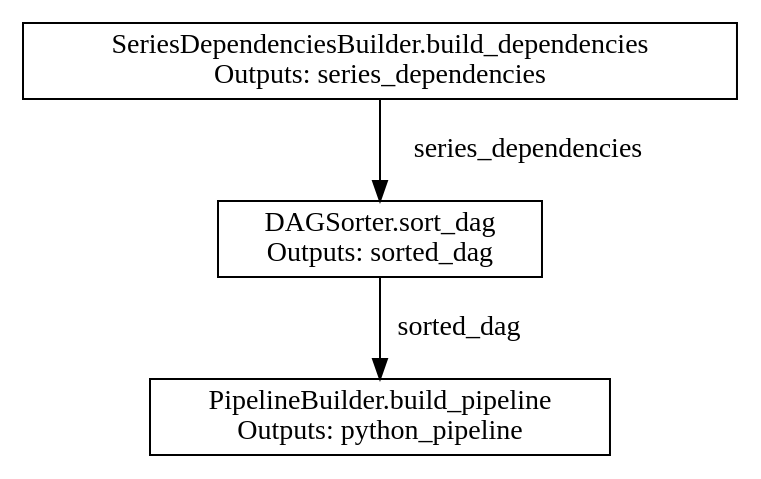
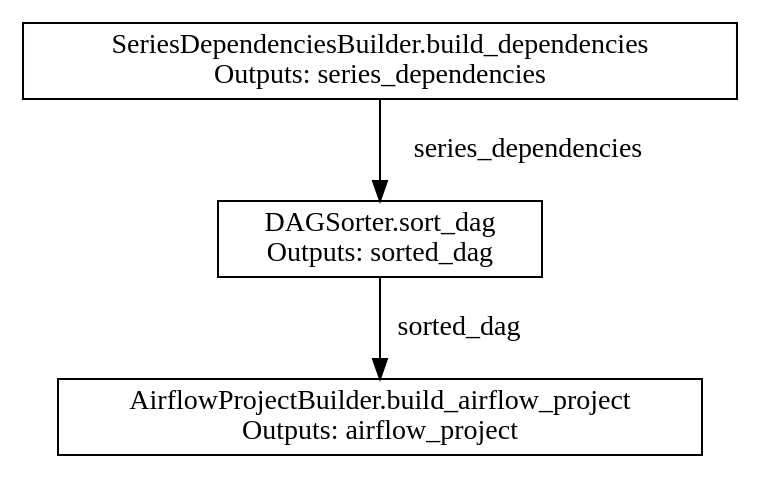
One commit to Oxford-Data-Processes/excel-2-python changed the diagram in docs/pipeline_building.gv. Above: the diagram before and after it, drawn with Graphviz. The commit also changed 6 other files, not shown here.

```diff
--- a/docs/pipeline_building.gv
+++ b/docs/pipeline_building.gv
@@ -1,12 +1,12 @@
 // pipeline_building
 digraph {
 	node [shape=box]
 	"SeriesDependenciesBuilder.build_dependencies" [label="SeriesDependenciesBuilder.build_dependencies
 Outputs: series_dependencies"]
 	"DAGSorter.sort_dag" [label="DAGSorter.sort_dag
 Outputs: sorted_dag"]
-	"PipelineBuilder.build_pipeline" [label="PipelineBuilder.build_pipeline
-Outputs: python_pipeline"]
+	"AirflowProjectBuilder.build_airflow_project" [label="AirflowProjectBuilder.build_airflow_project
+Outputs: airflow_project"]
 	"SeriesDependenciesBuilder.build_dependencies" -> "DAGSorter.sort_dag" [label=series_dependencies]
-	"DAGSorter.sort_dag" -> "PipelineBuilder.build_pipeline" [label=sorted_dag]
+	"DAGSorter.sort_dag" -> "AirflowProjectBuilder.build_airflow_project" [label=sorted_dag]
 }
```
